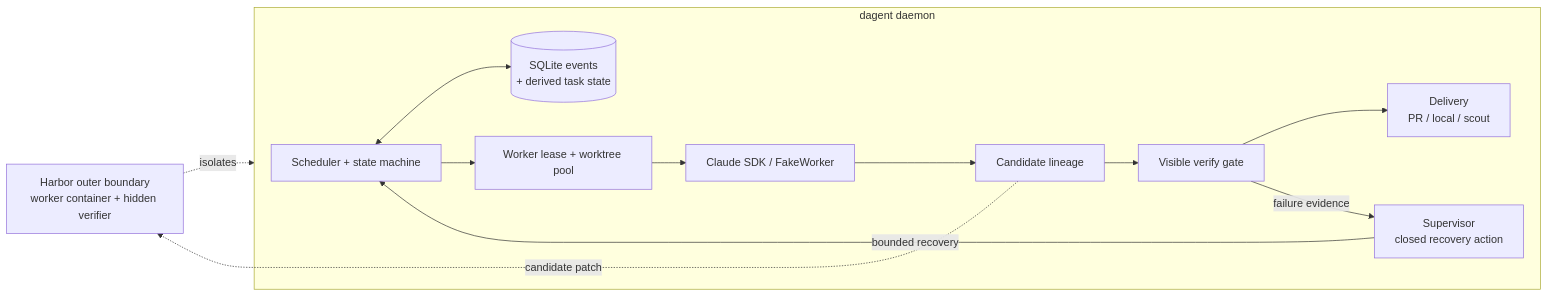
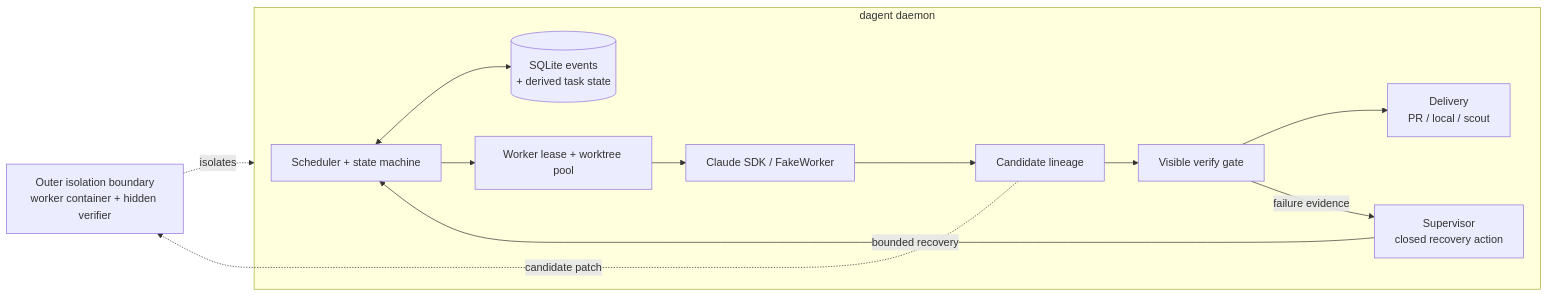
One commit to parkergurney/DAGent changed the diagram in README.md. Above: the diagram before and after it, drawn with Mermaid. The commit also changed other lines of this file and 88 other files, not shown here.

````diff
--- a/README.md
+++ b/README.md
@@ -36,22 +140,22 @@
 ```mermaid
 flowchart LR
-    H[Harbor outer boundary<br/>worker container + hidden verifier]
+    H[Outer isolation boundary<br/>worker container + hidden verifier]
 
     subgraph O[dagent daemon]
         S[Scheduler + state machine]
         L[Worker lease + worktree pool]
         W[Claude SDK / FakeWorker]
         C[Candidate lineage]
         V[Visible verify gate]
         U[Supervisor<br/>closed recovery action]
         D[Delivery<br/>PR / local / scout]
         DB[(SQLite events<br/>+ derived task state)]
 
         S <--> DB
         S --> L --> W --> C --> V --> D
         V -->|failure evidence| U -->|bounded recovery| S
     end
 
     H -. isolates .-> O
     C -. candidate patch .-> H
 ```
````
